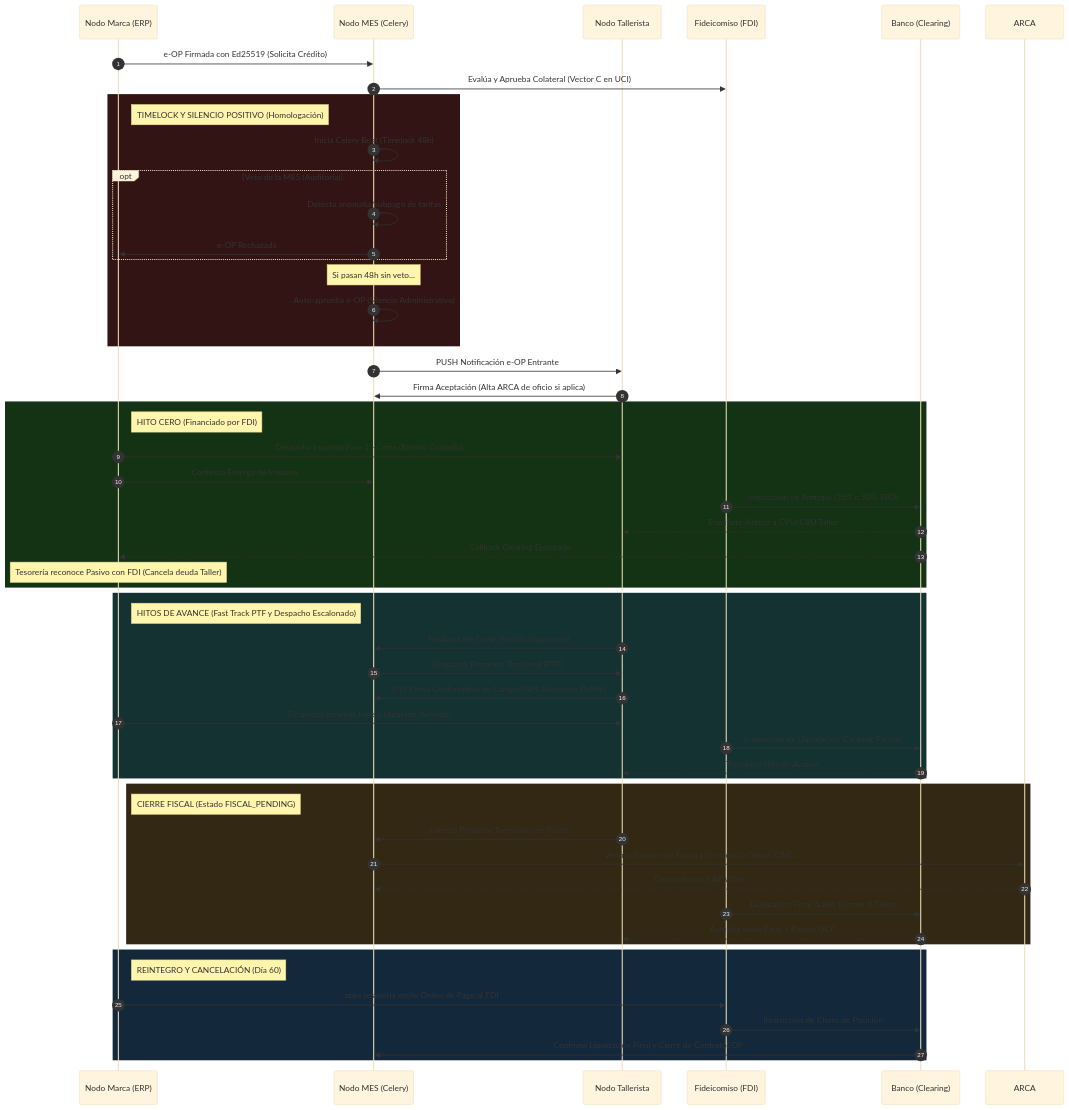
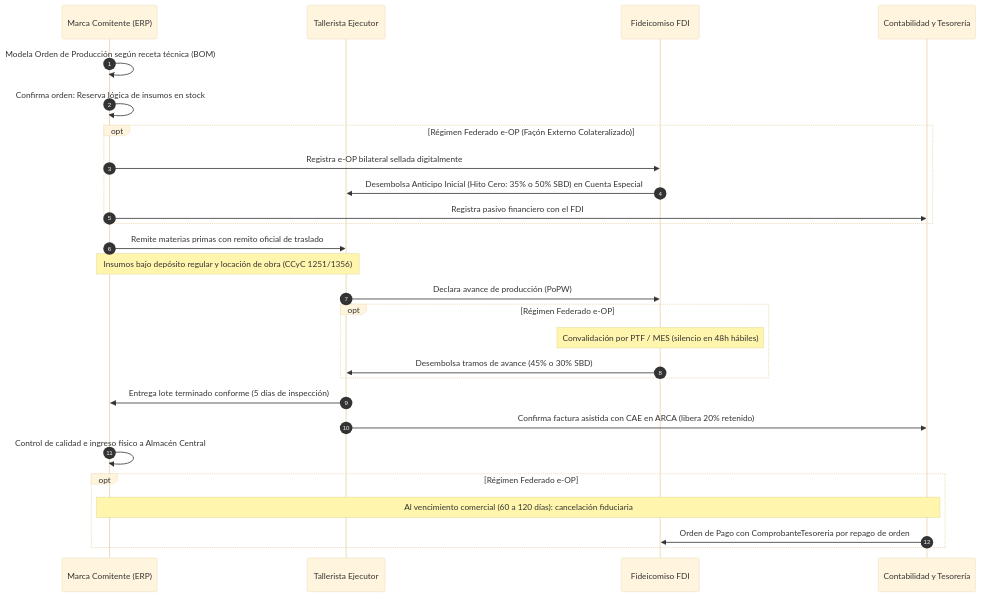
Before and after one commit to sarthouse/indinopy: the second of 6 diagrams in docs/md/arquitectura_funcional.md, drawn with Mermaid (base theme). The commit also changed other lines of this file and 7 other files, not shown here.

````diff
--- a/docs/md/arquitectura_funcional.md
+++ b/docs/md/arquitectura_funcional.md
@@ -155,62 +140,35 @@
 ```mermaid
 sequenceDiagram
     autonumber
-    participant Marca as Nodo Marca (ERP)
-    participant MES as Nodo MES (Celery)
-    participant Taller as Nodo Tallerista
-    participant FDI as Fideicomiso (FDI)
-    participant Banco as Banco (Clearing)
+    participant M as Marca Comitente (ERP)
+    participant T as Tallerista Ejecutor
+    participant FDI as Fideicomiso FDI
+    participant K as Contabilidad y Tesorería
+
+    M->>M: Modela Orden de Producción según receta técnica (BOM)
+    M->>M: Confirma orden: Reserva lógica de insumos en stock
     
-    Marca->>MES: e-OP Firmada con Ed25519 (Solicita Crédito)
-    MES->>FDI: Evalúa y Aprueba Colateral (Vector C en UCI)
+    opt Régimen Federado e-OP (Façón Externo Colateralizado)
+        M->>FDI: Registra e-OP bilateral sellada digitalmente
+        FDI->>T: Desembolsa Anticipo Inicial (Hito Cero: 35% o 50% SBD) en Cuenta Especial
+        M->>K: Registra pasivo financiero con el FDI
+    end
     
-    rect rgb(50, 20, 20)
-        Note right of Marca: TIMELOCK Y SILENCIO POSITIVO (Homologación)
-        MES->>MES: Inicia Celery Beat (Timelock 48h)
-        opt Veto de la MES (Auditoría)
-            MES->>MES: Detecta anomalía/subpago de tarifas
-            MES->>Marca: e-OP Rechazada
-        end
-        Note over MES: Si pasan 48h sin veto...
-        MES->>MES: Auto-aprueba e-OP (Silencio Administrativo)
+    M->>T: Remite materias primas con remito oficial de traslado
+    Note over M,T: Insumos bajo depósito regular y locación de obra (CCyC 1251/1356)
+    
+    T->>FDI: Declara avance de producción (PoPW)
+    opt Régimen Federado e-OP
+        Note over FDI: Convalidación por PTF / MES (silencio en 48h hábiles)
+        FDI->>T: Desembolsa tramos de avance (45% o 30% SBD)
     end
 
-    MES->>Taller: PUSH Notificación e-OP Entrante
-    Taller->>MES: Firma Aceptación (Alta ARCA de oficio si aplica)
+    T->>M: Entrega lote terminado conforme (5 días de inspección)
+    T->>K: Confirma factura asistida con CAE en ARCA (libera 20% retenido)
+    M->>M: Control de calidad e ingreso físico a Almacén Central
     
-    rect rgb(20, 50, 20)
-        Note right of Marca: HITO CERO (Financiado por FDI)
-        Marca->>Taller: Despacha Insumos Fase 1 - Corte (Remito Custodia)
-        Marca->>MES: Confirma Entrega de Insumos
-        FDI->>Banco: Instrucción de Anticipo (35% o 50% SBD)
-        Banco-->>Taller: Transfiere directo a CVU/CBU Taller
-        Banco-->>Marca: Callback Clearing Ejecutado
-        Note over Marca: Tesorería reconoce Pasivo con FDI (Cancela deuda Taller)
-    end
-    
-    rect rgb(20, 50, 50)
-        Note right of Marca: HITOS DE AVANCE (Fast Track PTF y Despacho Escalonado)
-        Taller->>MES: Finaliza Lote Corte (Solicita Inspección)
-        MES->>Taller: Despacha Promotor Territorial (PTF)
-        Taller->>MES: PTF Firma Conformidad en Campo (GPS/Biometría PoPW)
-        Marca->>Taller: Despacha Insumos Fase 2 (Aparado/Armado)
-        FDI->>Banco: Instrucción de Liquidación (Clearing Parcial)
-        Banco-->>Taller: Transfiere Hito de Avance
-    end
-
-    rect rgb(50, 40, 20)
-        Note right of Marca: CIERRE FISCAL (Estado FISCAL_PENDING)
-        Taller->>MES: Entrega Producto Terminado en Planta
-        MES->>ARCA: Verifica Emisión de Factura Electrónica Oficial (CAE)
-        ARCA-->>MES: Comprobante CAE Válido
-        FDI->>Banco: Liquidación Final (Saldo Escrow al Taller)
-        Banco-->>Taller: Acredita Saldo Final + Puntos UCP
-    end
-    
-    rect rgb(20, 40, 60)
-        Note right of Marca: REINTEGRO Y CANCELACIÓN (Día 60)
-        Marca->>FDI: apps.tesoreria emite Orden de Pago al FDI
-        FDI->>Banco: Instrucción de Cierre de Posición
-        Banco->>MES: Confirma Liquidación Final y Cierre de ContratoEOP
+    opt Régimen Federado e-OP
+        Note over M,K: Al vencimiento comercial (60 a 120 días): cancelación fiduciaria
+        K->>FDI: Orden de Pago con ComprobanteTesoreria por repago de orden
     end
 ```
````
